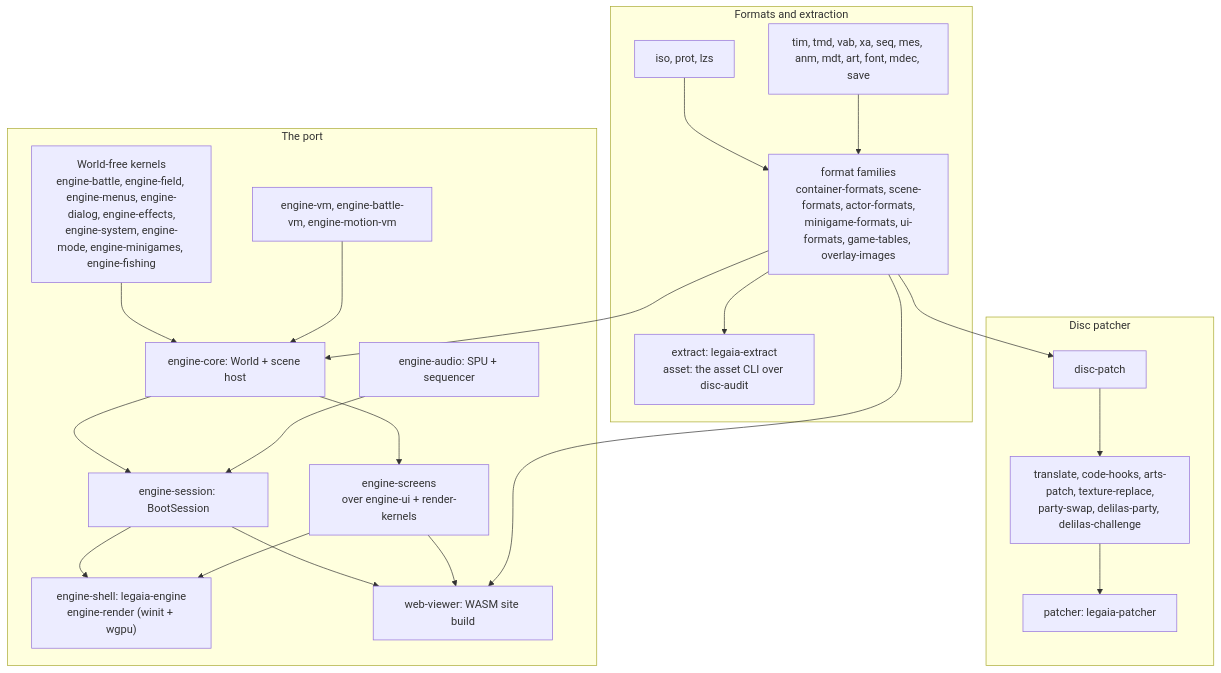
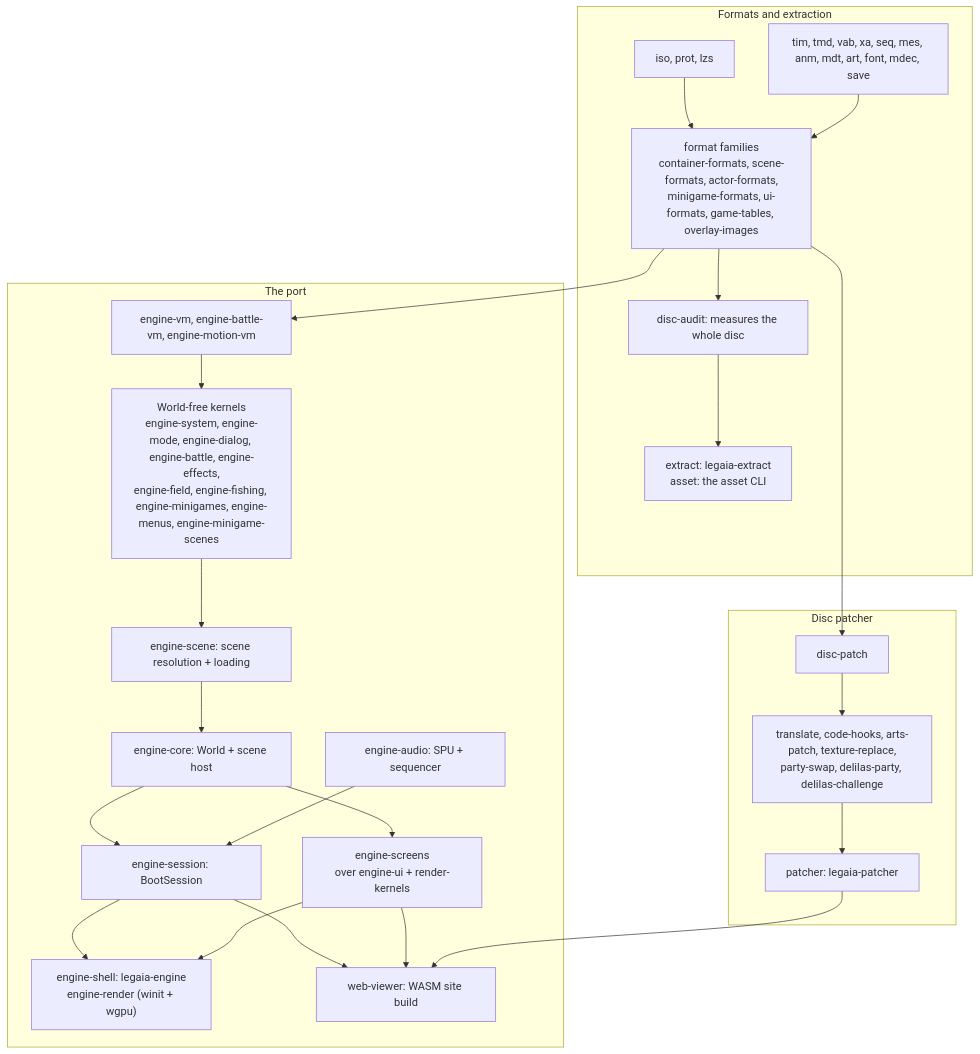
One commit to AndrewAltimit/legend-of-legaia-re changed the second of 2 diagrams in docs/overview.md. Above: the diagram before and after it, drawn with Mermaid. The commit also changed other lines of this file and 3 other files, not shown here.

Commit message:
Bring the overview, README and engine page in line with the crate graph

````diff
--- a/docs/overview.md
+++ b/docs/overview.md
@@ -80,39 +80,42 @@
 ```mermaid
 flowchart TD
     subgraph formats["Formats and extraction"]
         container["iso, prot, lzs"]
         hub["format families<br/>container-formats, scene-formats, actor-formats,<br/>minigame-formats, ui-formats, game-tables, overlay-images"]
         perfmt["tim, tmd, vab, xa, seq, mes, anm, mdt, art, font, mdec, save"]
-        extract["extract: legaia-extract<br/>asset: the asset CLI over disc-audit"]
-        container --> hub --> extract
+        audit["disc-audit: measures the whole disc"]
+        extract["extract: legaia-extract<br/>asset: the asset CLI"]
+        container --> hub --> audit --> extract
         perfmt --> hub
     end
     subgraph port["The port"]
-        kernels["World-free kernels<br/>engine-battle, engine-field, engine-menus, engine-dialog, engine-effects,<br/>engine-system, engine-mode, engine-minigames, engine-fishing"]
         vm["engine-vm, engine-battle-vm, engine-motion-vm"]
+        kernels["World-free kernels<br/>engine-system, engine-mode, engine-dialog, engine-battle, engine-effects,<br/>engine-field, engine-fishing, engine-minigames, engine-menus, engine-minigame-scenes"]
+        scene["engine-scene: scene resolution + loading"]
         core["engine-core: World + scene host"]
         audio["engine-audio: SPU + sequencer"]
         session["engine-session: BootSession"]
         present["engine-screens<br/>over engine-ui + render-kernels"]
         native["engine-shell: legaia-engine<br/>engine-render (winit + wgpu)"]
         web["web-viewer: WASM site build"]
-        kernels --> core
-        vm --> core
+        vm --> kernels
+        kernels --> scene
+        scene --> core
         core --> session
         audio --> session
         core --> present
         session --> native
         session --> web
         present --> native
         present --> web
     end
     subgraph mod["Disc patcher"]
         dp["disc-patch"]
         layers["translate, code-hooks, arts-patch, texture-replace,<br/>party-swap, delilas-party, delilas-challenge"]
         patcher["patcher: legaia-patcher"]
         dp --> layers --> patcher
     end
-    hub --> core
+    hub --> vm
     hub --> dp
-    hub --> web
+    patcher --> web
 ```
````
